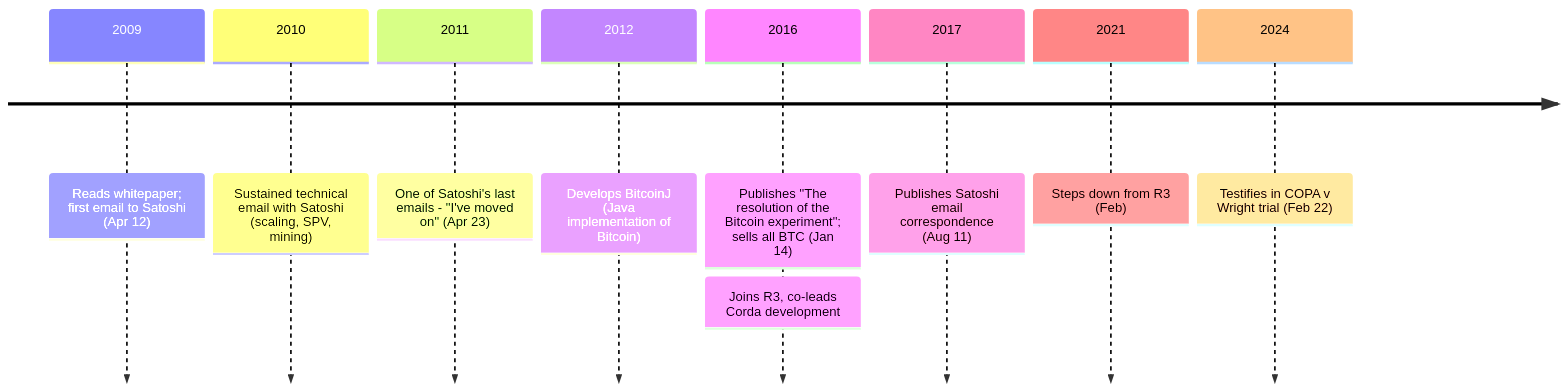
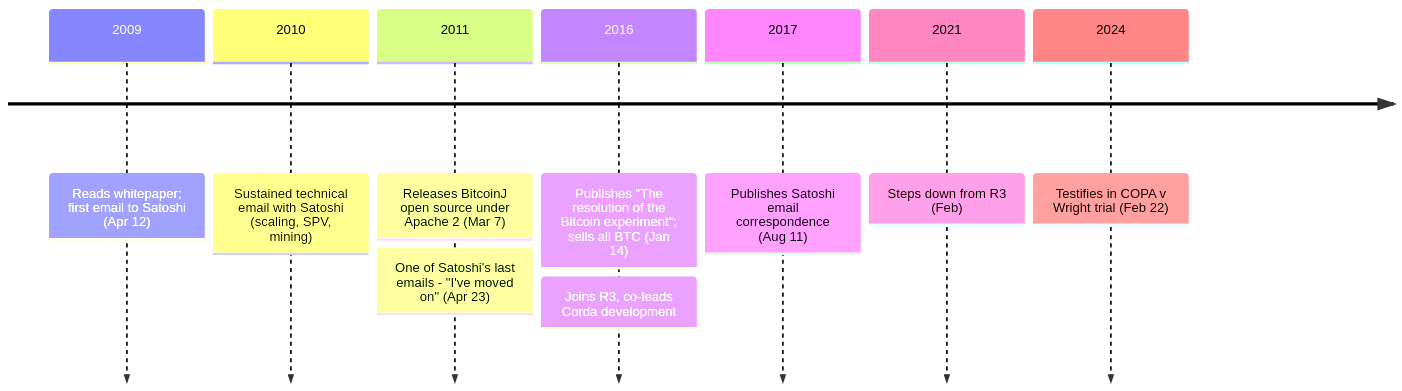
The diagram in src/data/entries/en/aftermath/2009-04-12-mike-hearn-biography.md (cypher256/BitcoinArchive), drawn with Mermaid before and after one commit. The commit also changed 66 other files, not shown here.

````diff
--- a/src/data/entries/en/aftermath/2009-04-12-mike-hearn-biography.md
+++ b/src/data/entries/en/aftermath/2009-04-12-mike-hearn-biography.md
@@ -60,18 +60,19 @@
 ```mermaid
 timeline
     2009 : Reads whitepaper; first email to Satoshi (Apr 12)
     %% link: /BitcoinArchive/entries/correspondence/mike-hearn/questions/2009-04-12-hearn-to-satoshi-questions/
     2010 : Sustained technical email with Satoshi (scaling, SPV, mining)
     %% link: /BitcoinArchive/entries/correspondence/mike-hearn/more-questions/2010-12-27-hearn-to-satoshi-more-questions/
-    2011 : One of Satoshi's last emails - "I've moved on" (Apr 23)
+    2011 : Releases BitcoinJ open source under Apache 2 (Mar 7)
+    %% link: /BitcoinArchive/entries/correspondence/mike-hearn/bitcoinj/2011-03-07-hearn-to-satoshi-bitcoinj-release/
+         : One of Satoshi's last emails - "I've moved on" (Apr 23)
     %% link: /BitcoinArchive/entries/correspondence/mike-hearn/holding-coins/2011-04-23-satoshi-to-hearn-moved-on/
-    2012 : Develops BitcoinJ (Java implementation of Bitcoin)
     2016 : Publishes "The resolution of the Bitcoin experiment"; sells all BTC (Jan 14)
     %% link: /BitcoinArchive/entries/aftermath/2016-01-14-mike-hearn-resolution-bitcoin-experiment/
          : Joins R3, co-leads Corda development
     2017 : Publishes Satoshi email correspondence (Aug 11)
     %% link: /BitcoinArchive/entries/aftermath/2017-08-11-mike-hearn-publishes-emails/
     2021 : Steps down from R3 (Feb)
     2024 : Testifies in COPA v Wright trial (Feb 22)
     %% link: /BitcoinArchive/entries/aftermath/2024-02-22-mike-hearn-copa-trial-testimony/
 ```
````
